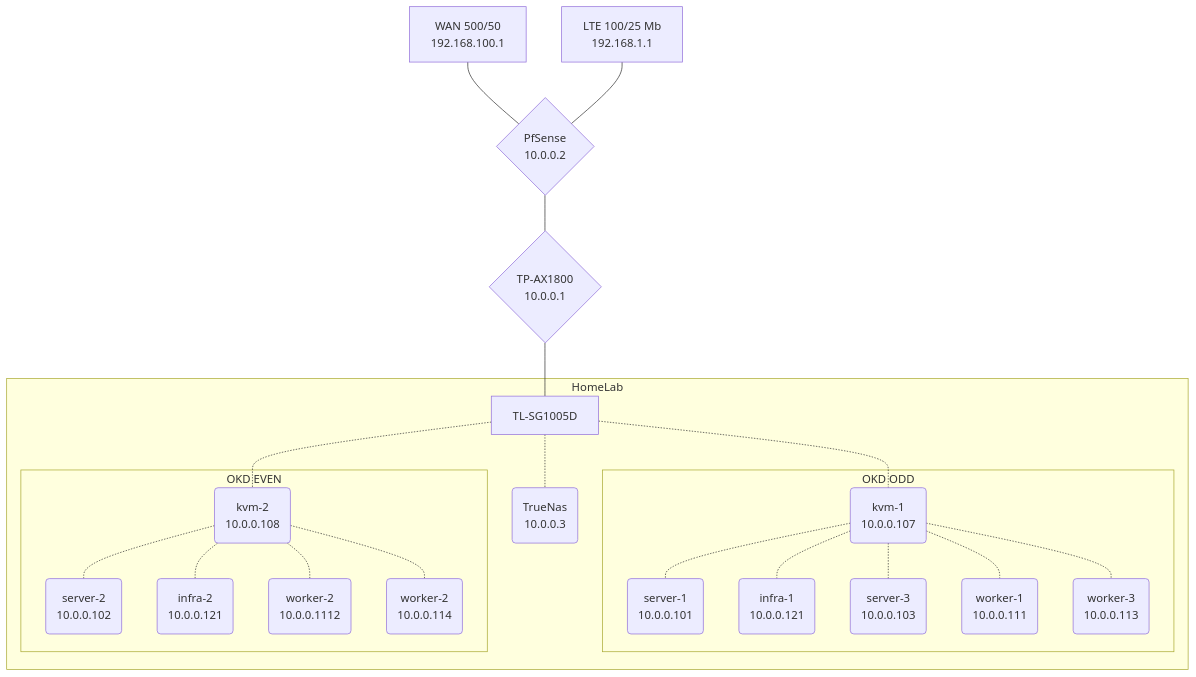
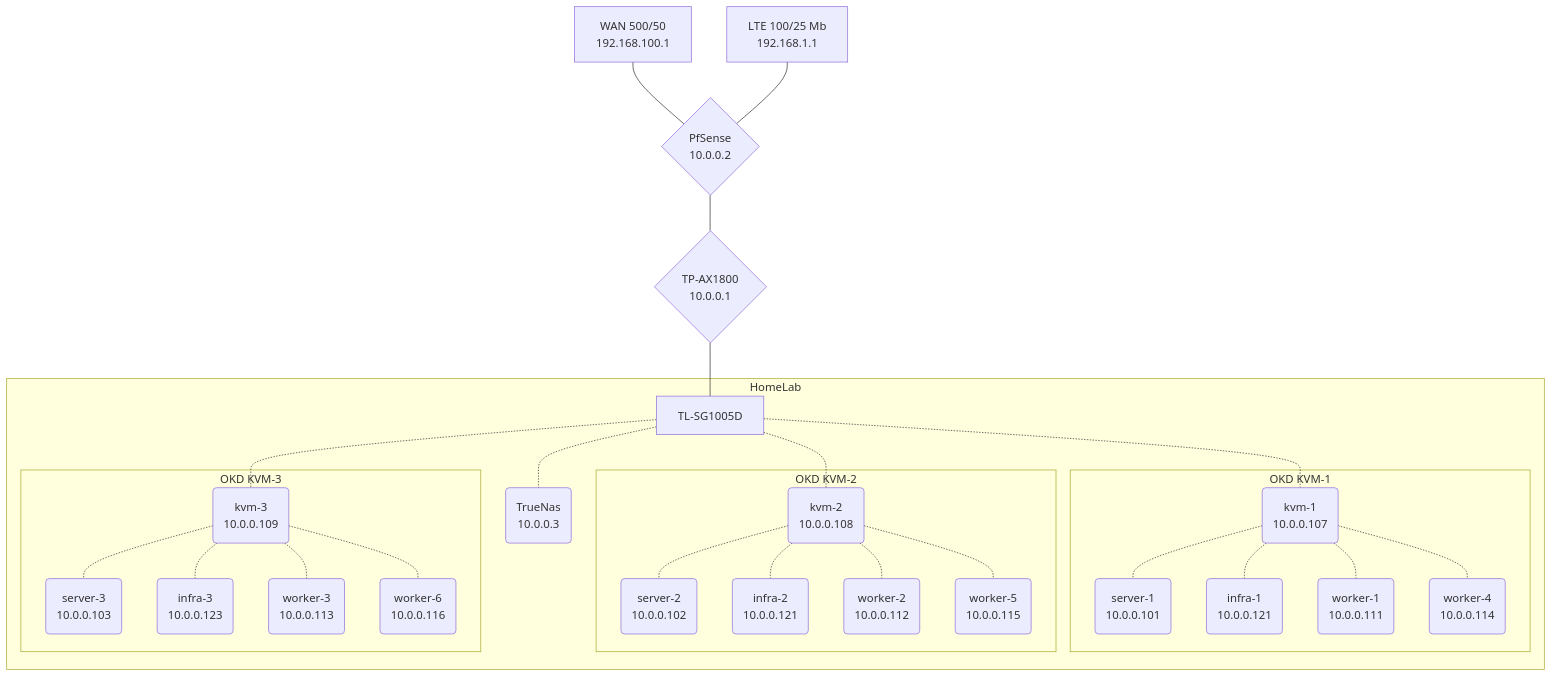
One commit to ArthurVardevanyan/HomeLab changed the diagram in README.md. Above: the diagram before and after it, drawn with Mermaid. The commit also changed other lines of this file and 35 other files, not shown here.

````diff
--- a/README.md
+++ b/README.md
@@ -103,28 +103,35 @@
 ```mermaid
 graph TD
  linkStyle default interpolate basis
 
 wan1[<center>WAN 500/50<br>192.168.100.1</center>]---router{<center>PfSense<br>10.0.0.2</center>}
 wan2[<center>LTE 100/25 Mb<br>192.168.1.1</center>]---router
 router---ap{<center>TP-AX1800<br>10.0.0.1</center>}
 ap---switch[<center>TL-SG1005D</center>]
 
 subgraph HomeLab
+    switch-.-truenas(<center>TrueNas<br>10.0.0.3</center>)
     switch-.-kvm-1(<center>kvm-1<br>10.0.0.107</center>)
     switch-.-kvm-2(<center>kvm-2<br>10.0.0.108</center>)
-    subgraph OKD ODD
+    switch-.-kvm-3(<center>kvm-3<br>10.0.0.109</center>)
+    subgraph OKD KVM-1
         kvm-1-.-server-1(<center>server-1<br>10.0.0.101</center>)
         kvm-1-.-infra-1(<center>infra-1<br>10.0.0.121</center>)
-        kvm-1-.-server-3(<center>server-3<br>10.0.0.103</center>)
         kvm-1-.-worker-1(<center>worker-1<br>10.0.0.111</center>)
-        kvm-1-.-worker-3(<center>worker-3<br>10.0.0.113</center>)
+        kvm-1-.-worker-4(<center>worker-4<br>10.0.0.114</center>)
     end
-    switch-.-truenas(<center>TrueNas<br>10.0.0.3</center>)
-    subgraph OKD EVEN
+
+    subgraph OKD KVM-2
         kvm-2-.-server-2(<center>server-2<br>10.0.0.102</center>)
         kvm-2-.-infra-2(<center>infra-2<br>10.0.0.121</center>)
-        kvm-2-.-worker-2(<center>worker-2<br>10.0.0.1112</center>)
-        kvm-2-.-worker-4(<center>worker-2<br>10.0.0.114</center>)
+        kvm-2-.-worker-2(<center>worker-2<br>10.0.0.112</center>)
+        kvm-2-.-worker-5(<center>worker-5<br>10.0.0.115</center>)
+    end
+    subgraph OKD KVM-3
+        kvm-3-.-server-3(<center>server-3<br>10.0.0.103</center>)
+        kvm-3-.-infra-3(<center>infra-3<br>10.0.0.123</center>)
+        kvm-3-.-worker-3(<center>worker-3<br>10.0.0.113</center>)
+        kvm-3-.-worker-6(<center>worker-6<br>10.0.0.116</center>)
     end
 end
 ```
````
